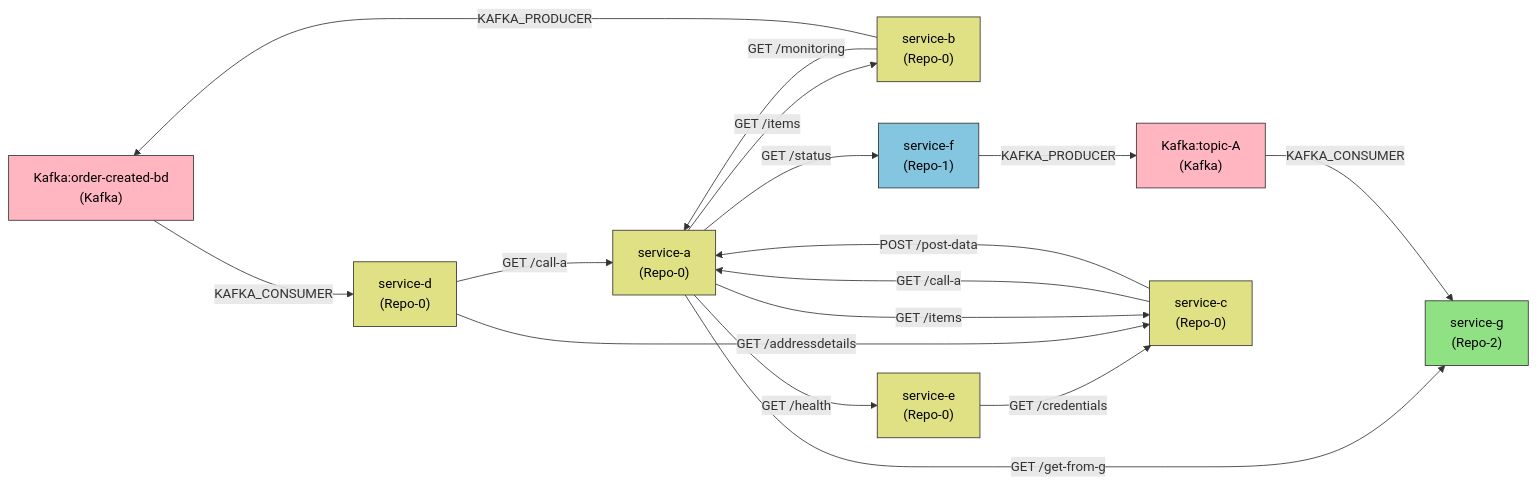
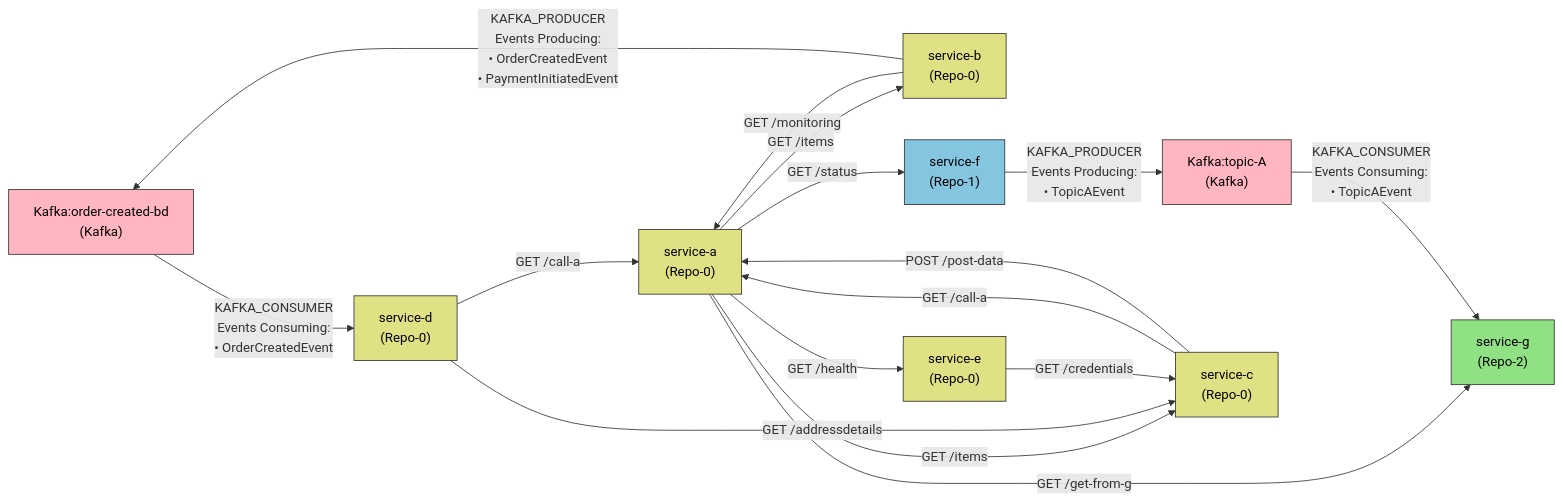
One commit to lokesh0507/First_project changed the diagram in output/deps.md. Above: the diagram before and after it, drawn with Mermaid. The commit also changed 4 other files, not shown here.

````diff
--- a/output/deps.md
+++ b/output/deps.md
@@ -1,46 +1,47 @@
 ```mermaid
 graph LR
 classDef Kafka fill:#FFB6C1,stroke:#333,color:#000
-classDef Repo-0 fill:#E0E084,stroke:#333,color:#000
-classDef Repo-1 fill:#84C5E0,stroke:#333,color:#000
-classDef Repo-2 fill:#90E084,stroke:#333,color:#000
+classDef Repo_0 fill:#E0E084,stroke:#333,color:#000
+classDef Repo_1 fill:#84C5E0,stroke:#333,color:#000
+classDef Repo_2 fill:#90E084,stroke:#333,color:#000
 
-  Kafka:order-created-bd["Kafka:order-created-bd
+  Kafka_order_created_bd["Kafka:order-created-bd
 (Kafka)"]
-  Kafka:topic-A["Kafka:topic-A
+  Kafka_topic_A["Kafka:topic-A
 (Kafka)"]
-  service-a["service-a
+  service_a["service-a
 (Repo-0)"]
-  service-b["service-b
+  service_b["service-b
 (Repo-0)"]
-  service-c["service-c
+  service_c["service-c
 (Repo-0)"]
-  service-d["service-d
+  service_d["service-d
 (Repo-0)"]
-  service-e["service-e
+  service_e["service-e
 (Repo-0)"]
-  service-f["service-f
+  service_f["service-f
 (Repo-1)"]
-  service-g["service-g
+  service_g["service-g
 (Repo-2)"]
 
-  service-e -->|GET /credentials| service-c
-  service-d -->|GET /call-a| service-a
-  service-d -->|GET /addressdetails| service-c
-  service-a -->|GET /items| service-b
-  service-a -->|GET /items| service-c
-  service-a -->|GET /health| service-e
-  service-a -->|GET /get-from-g| service-g
-  service-a -->|GET /status| service-f
-  service-c -->|GET /call-a| service-a
-  service-c -->|POST /post-data| service-a
-  service-b -->|GET /monitoring| service-a
-  Kafka:order-created-bd -->|KAFKA_CONSUMER| service-d
-  service-b -->|KAFKA_PRODUCER| Kafka:order-created-bd
-  Kafka:topic-A -->|KAFKA_CONSUMER| service-g
-  service-f -->|KAFKA_PRODUCER| Kafka:topic-A
-class Kafka:order-created-bd,Kafka:topic-A Kafka
-class service-e,service-d,service-a,service-c,service-b Repo-0
-class service-f Repo-1
-class service-g Repo-2
+  service_a -->|GET /items| service_b
+  service_a -->|GET /items| service_c
+  service_a -->|GET /health| service_e
+  service_a -->|GET /get-from-g| service_g
+  service_a -->|GET /status| service_f
+  service_b -->|GET /monitoring| service_a
+  service_c -->|GET /call-a| service_a
+  service_c -->|POST /post-data| service_a
+  service_d -->|GET /call-a| service_a
+  service_d -->|GET /addressdetails| service_c
+  service_e -->|GET /credentials| service_c
+  service_b -->|"KAFKA_PRODUCER<br/>Events Producing:<br/>• OrderCreatedEvent<br/>• PaymentInitiatedEvent"| Kafka_order_created_bd
+  Kafka_order_created_bd -->|"KAFKA_CONSUMER<br/>Events Consuming:<br/>• OrderCreatedEvent"| service_d
+  service_f -->|"KAFKA_PRODUCER<br/>Events Producing:<br/>• TopicAEvent"| Kafka_topic_A
+  Kafka_topic_A -->|"KAFKA_CONSUMER<br/>Events Consuming:<br/>• TopicAEvent"| service_g
+
+class Kafka_order_created_bd,Kafka_topic_A Kafka
+class service_a,service_b,service_c,service_d,service_e Repo_0
+class service_f Repo_1
+class service_g Repo_2
 ```
````
